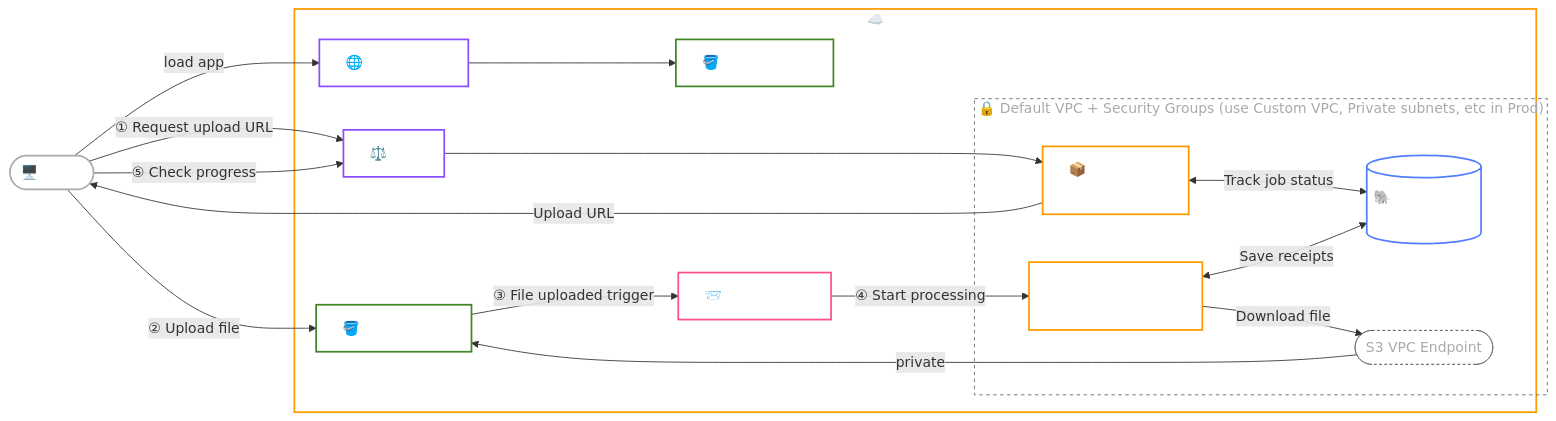
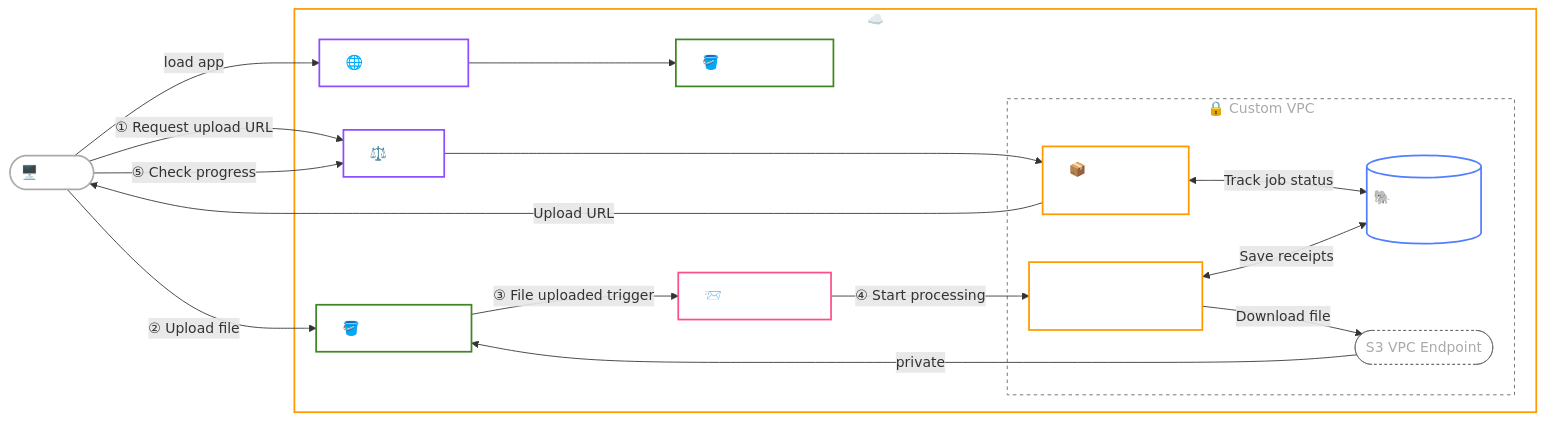
One commit to ben-hamel/benstack-aws changed the diagram in README.md. Above: the diagram before and after it, drawn with Mermaid. The commit also changed other lines of this file, not shown here.

````diff
--- a/README.md
+++ b/README.md
@@ -11,56 +11,56 @@
 ```mermaid
 flowchart LR
     Client(["🖥️ Client"])
 
     subgraph AWS["☁️ AWS Cloud"]
         CloudFront["🌐 CloudFront"]
         ALB["⚖️ ALB"]
         S3Frontend["🪣 S3 Frontend"]
         S3["🪣 S3 Receipts"]
         SQS["📨 SQS Queue"]
-        subgraph VPC["🔒 Default VPC + Security Groups (use Custom VPC, Private subnets, etc in Prod)"]
+        subgraph VPC["🔒 Custom VPC"]
             API["📦 API Server<br/>ECS"]
             Lambda["λ Lambda<br/>receipt-processor"]
             RDS[("🐘 PostgreSQL<br/>RDS")]
             S3Endpoint(["S3 VPC Endpoint"])
         end
     end
 
     Client -->|"load app"| CloudFront
     CloudFront --> S3Frontend
     Client -->|"① Request upload URL"| ALB
     ALB --> API
     API -->|"Upload URL"| Client
     Client -->|"② Upload file"| S3
     Client -->|"⑤ Check progress"| ALB
     API <-->|"Track job status"| RDS
     S3 -->|"③ File uploaded trigger"| SQS
     SQS -->|"④ Start processing"| Lambda
     Lambda -->|"Download file"| S3Endpoint
     S3Endpoint -->|"private"| S3
     Lambda <-->|"Save receipts"| RDS
 
     classDef ecs fill:none,stroke:#FF9900,stroke-width:2px,color:#fff
     classDef s3 fill:none,stroke:#3F8624,stroke-width:2px,color:#fff
     classDef sqs fill:none,stroke:#FF4F8B,stroke-width:2px,color:#fff
     classDef lambda fill:none,stroke:#FF9900,stroke-width:2px,color:#fff
     classDef rds fill:none,stroke:#527FFF,stroke-width:2px,color:#fff
     classDef client fill:none,stroke:#aaa,stroke-width:2px,color:#fff
     classDef alb fill:none,stroke:#8C4FFF,stroke-width:2px,color:#fff
     classDef cdn fill:none,stroke:#8C4FFF,stroke-width:2px,color:#fff
     classDef endpoint fill:none,stroke:#666,stroke-dasharray:3 3,color:#aaa
 
     class API ecs
     class S3 s3
     class SQS sqs
     class Lambda lambda
     class RDS rds
     class Client client
     class ALB alb
     class CloudFront cdn
     class S3Frontend s3
     class S3Endpoint endpoint
 
     style AWS fill:none,stroke:#FF9900,stroke-width:2px,color:#fff
     style VPC fill:none,stroke:#666,stroke-width:1px,stroke-dasharray:4 4,color:#aaa
 ```
````
